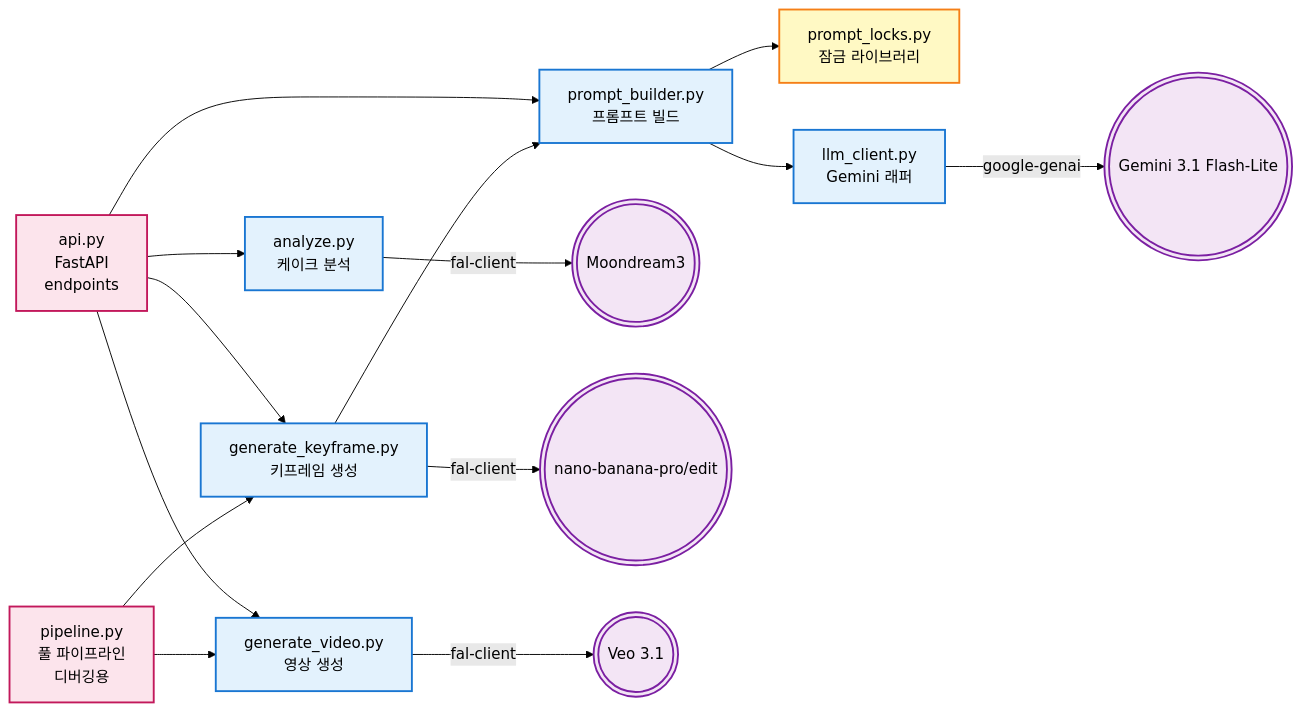
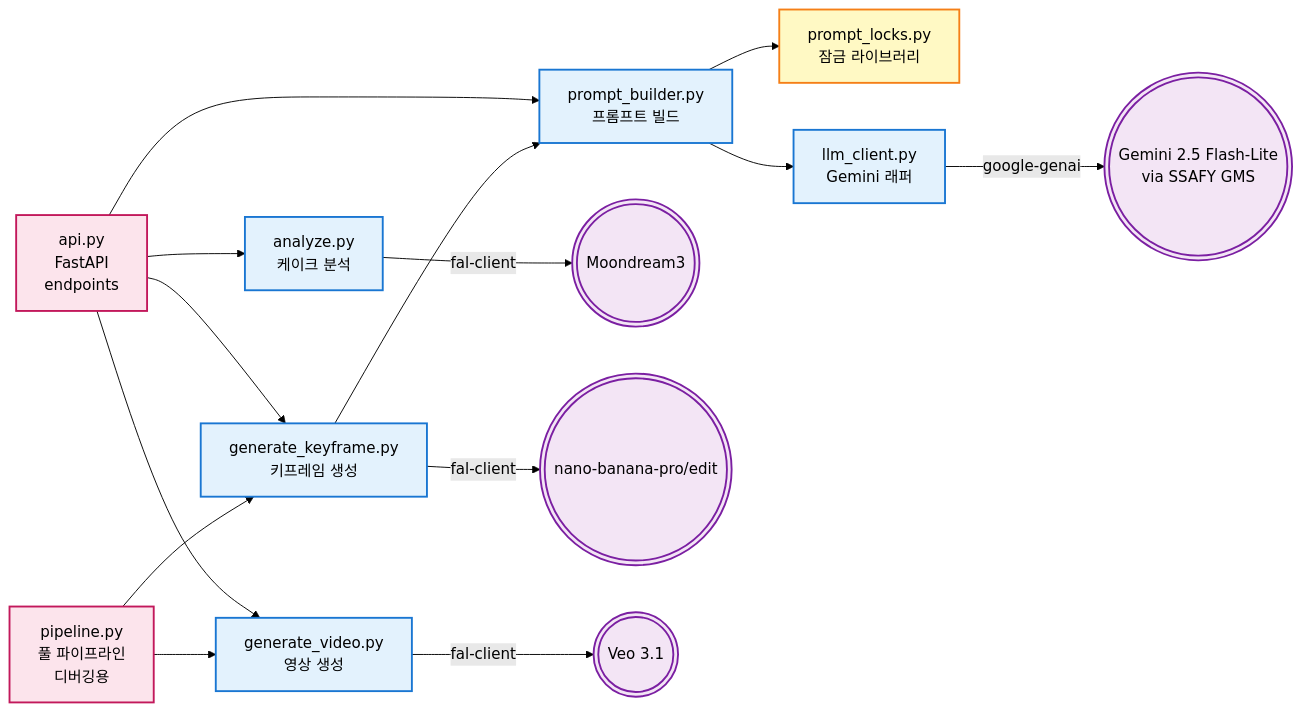
Before and after one commit to SPh0052/GEMCAFE: the first of 4 diagrams in gemcafe/AI/ARCHITECTURE.md, drawn with Mermaid (forest theme). The commit also changed other lines of this file and 5 other files, not shown here.

First line of the commit message:
[S14P31S307-647] feat : [AI] LLM 모델 gemini-2.5-flash-lite + SSAFY GMS 게이트웨이 전환

````diff
--- a/gemcafe/AI/ARCHITECTURE.md
+++ b/gemcafe/AI/ARCHITECTURE.md
@@ -13,47 +13,47 @@
 ```mermaid
 flowchart LR
     %% 진입점
     api[api.py<br/>FastAPI<br/>endpoints]:::entry
     pipeline[pipeline.py<br/>풀 파이프라인<br/>디버깅용]:::entry
 
     %% 모듈
     analyze[analyze.py<br/>케이크 분석]:::core
     gen_kf[generate_keyframe.py<br/>키프레임 생성]:::core
     gen_vid[generate_video.py<br/>영상 생성]:::core
     pb[prompt_builder.py<br/>프롬프트 빌드]:::core
     pl[prompt_locks.py<br/>잠금 라이브러리]:::data
     llm[llm_client.py<br/>Gemini 래퍼]:::core
 
     %% 외부 서비스
     moondream(((Moondream3))):::ext
     nb(((nano-banana-pro/edit))):::ext
     veo(((Veo 3.1))):::ext
-    gemini(((Gemini 3.1 Flash-Lite))):::ext
+    gemini(((Gemini 2.5 Flash-Lite<br/>via SSAFY GMS))):::ext
 
     %% api.py가 부르는 것
     api --> analyze
     api --> gen_kf
     api --> gen_vid
     api --> pb
 
     %% pipeline.py가 부르는 것
     pipeline --> gen_kf
     pipeline --> gen_vid
 
     %% 모듈 간 의존
     gen_kf --> pb
     pb --> pl
     pb --> llm
 
     %% 외부 호출
     analyze -->|fal-client| moondream
     gen_kf -->|fal-client| nb
     gen_vid -->|fal-client| veo
     llm -->|google-genai| gemini
 
     %% 스타일
     classDef entry fill:#fce4ec,stroke:#c2185b,stroke-width:2px,color:#000
     classDef core fill:#e3f2fd,stroke:#1976d2,stroke-width:2px,color:#000
     classDef data fill:#fff9c4,stroke:#f57f17,stroke-width:2px,color:#000
     classDef ext fill:#f3e5f5,stroke:#7b1fa2,stroke-width:2px,color:#000
 ```
````
